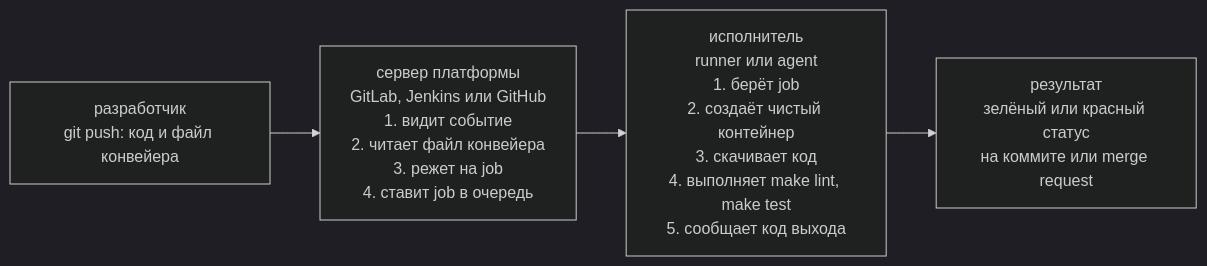
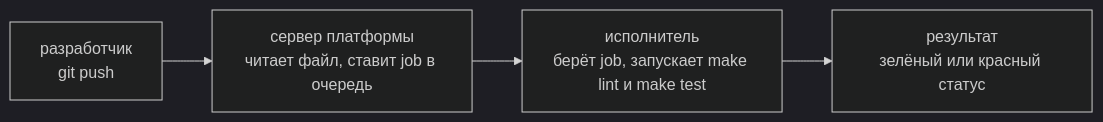
The first of 6 diagrams in devops/03-git-ci/06-gitlab-ci-jenkins.md (distinguished-sre/learning), drawn with Mermaid (dark theme) before and after one commit. The commit also changed other lines of this file and 462 other files, not shown here.

````diff
--- a/devops/03-git-ci/06-gitlab-ci-jenkins.md
+++ b/devops/03-git-ci/06-gitlab-ci-jenkins.md
@@ -45,6 +58,6 @@
 ```mermaid
 flowchart LR
-    D["разработчик<br>git push: код и файл конвейера"] --> S["сервер платформы<br>GitLab, Jenkins или GitHub<br>1. видит событие<br>2. читает файл конвейера<br>3. режет на job<br>4. ставит job в очередь"]
-    S --> R["исполнитель<br>runner или agent<br>1. берёт job<br>2. создаёт чистый контейнер<br>3. скачивает код<br>4. выполняет make lint, make test<br>5. сообщает код выхода"]
-    R --> O["результат<br>зелёный или красный статус<br>на коммите или merge request"]
+    D["разработчик<br>git push"] --> S["сервер платформы<br>читает файл, ставит job в очередь"]
+    S --> R["исполнитель<br>берёт job, запускает make lint и make test"]
+    R --> O["результат<br>зелёный или красный статус"]
 ```
````
